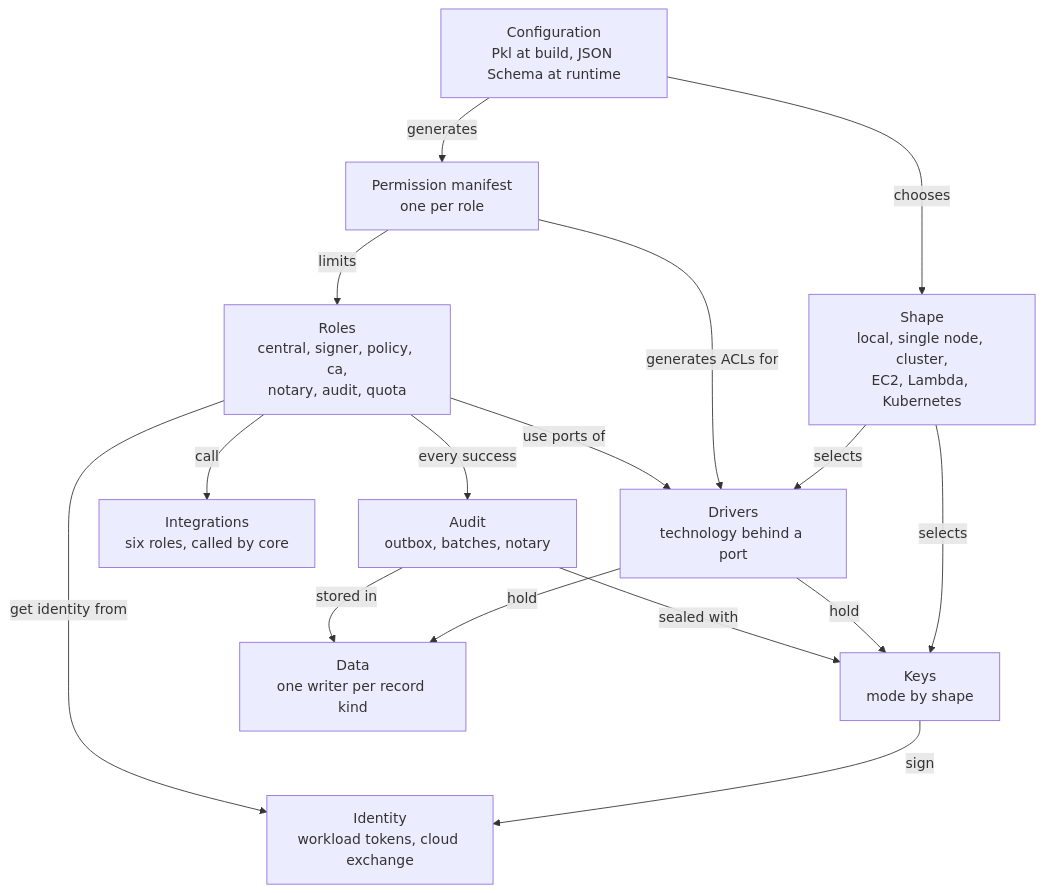
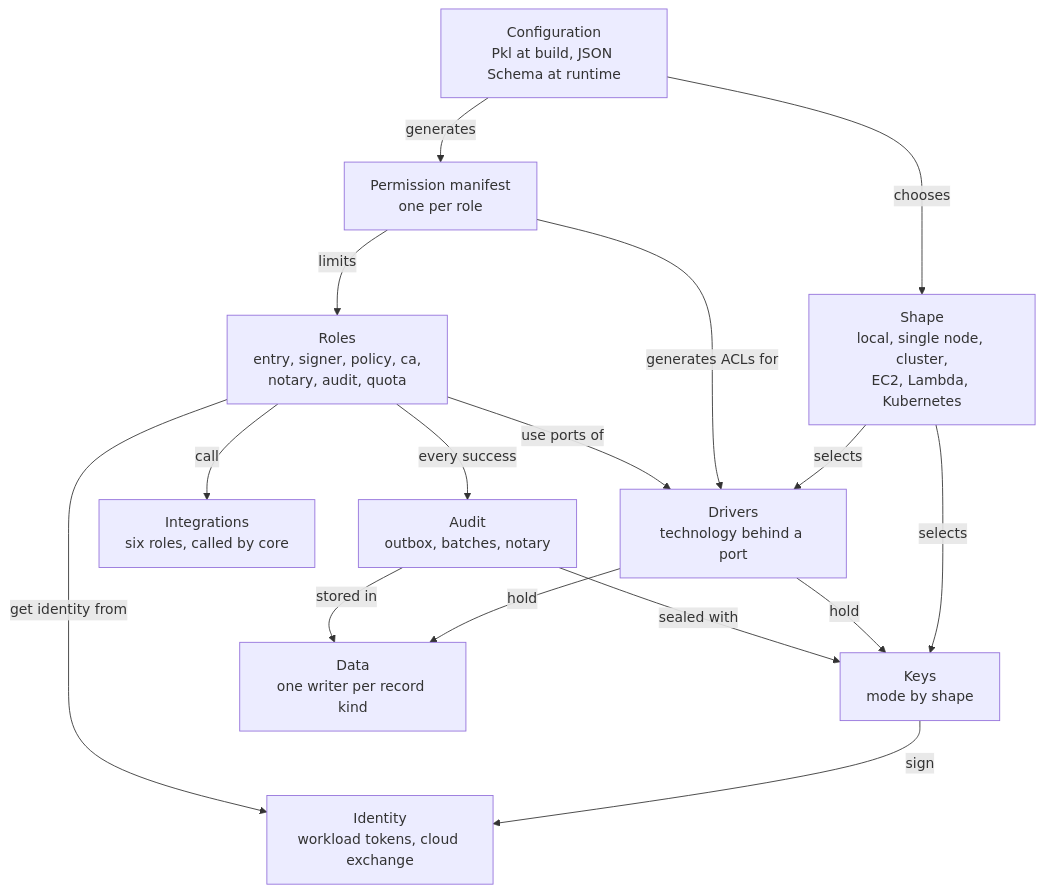
Before and after one commit to truvity/sluis: the diagram in docs/concepts/index.md, drawn with Mermaid. The commit also changed 26 other files, not shown here.

````diff
--- a/docs/concepts/index.md
+++ b/docs/concepts/index.md
@@ -11,29 +11,29 @@
 ```mermaid
 flowchart TB
   shape["Shape<br/>local, single node, cluster,<br/>EC2, Lambda, Kubernetes"]
   manifest["Permission manifest<br/>one per role"]
-  roles["Roles<br/>central, signer, policy, ca,<br/>notary, audit, quota"]
+  roles["Roles<br/>entry, signer, policy, ca,<br/>notary, audit, quota"]
   drivers["Drivers<br/>technology behind a port"]
   integ["Integrations<br/>six roles, called by core"]
   keys["Keys<br/>mode by shape"]
   ident["Identity<br/>workload tokens, cloud exchange"]
   config["Configuration<br/>Pkl at build, JSON Schema at runtime"]
   data["Data<br/>one writer per record kind"]
   audit["Audit<br/>outbox, batches, notary"]
 
   shape -->|"selects"| drivers
   shape -->|"selects"| keys
   config -->|"chooses"| shape
   config -->|"generates"| manifest
   manifest -->|"limits"| roles
   manifest -->|"generates ACLs for"| drivers
   roles -->|"use ports of"| drivers
   roles -->|"call"| integ
   drivers -->|"hold"| keys
   drivers -->|"hold"| data
   keys -->|"sign"| ident
   roles -->|"get identity from"| ident
   roles -->|"every success"| audit
   audit -->|"stored in"| data
   audit -->|"sealed with"| keys
 ```
````
